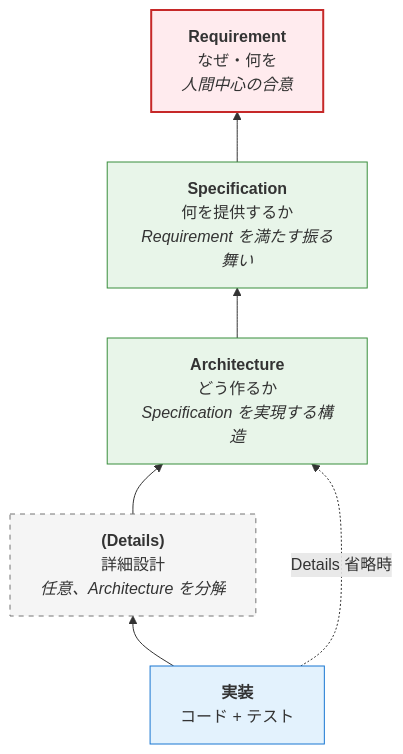
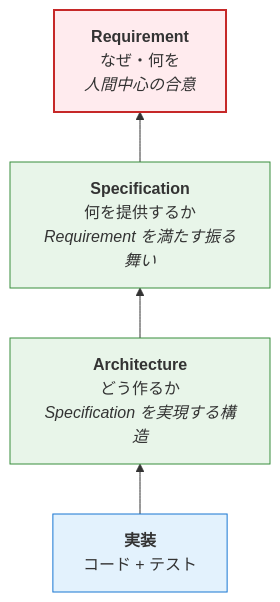
One commit to yumor-org/aigile changed the diagram in docs/layers.md. Above: the diagram before and after it, drawn with Mermaid. The commit also changed other lines of this file and 26 other files, not shown here.

````diff
--- a/docs/layers.md
+++ b/docs/layers.md
@@ -18,17 +17,13 @@
 ```mermaid
 flowchart BT
-    Impl["<b>実装</b><br/>コード + テスト"] --> D["<b>(Details)</b><br/>詳細設計<br/><i>任意、Architecture を分解</i>"]
-    D --> A["<b>Architecture</b><br/>どう作るか<br/><i>Specification を実現する構造</i>"]
+    Impl["<b>実装</b><br/>コード + テスト"] --> A["<b>Architecture</b><br/>どう作るか<br/><i>Specification を実現する構造</i>"]
     A --> S["<b>Specification</b><br/>何を提供するか<br/><i>Requirement を満たす振る舞い</i>"]
     S --> R["<b>Requirement</b><br/>なぜ・何を<br/><i>人間中心の合意</i>"]
-    Impl -.->|Details 省略時| A
 
     classDef invariant fill:#ffebee,stroke:#c62828,stroke-width:2px
     classDef normal fill:#e8f5e9,stroke:#388e3c
-    classDef optional fill:#f5f5f5,stroke:#757575,stroke-dasharray: 5 5
     classDef code fill:#e3f2fd,stroke:#1976d2
     class R invariant
     class S,A normal
-    class D optional
     class Impl code
 ```
````
